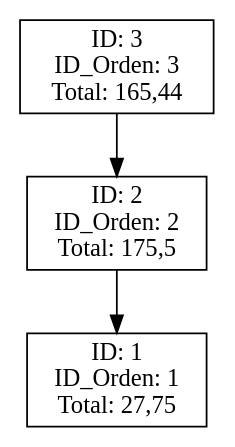
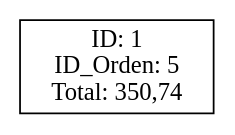
One commit to Santiago78op/EDD_1S2025_201905884 changed the diagram in Fase_1/AutoGestPro/AutoGestPro/bin/Debug/net9.0/reporte_Facturación.dot. Above: the diagram before and after it, drawn with Graphviz. The commit also changed 34 other files, not shown here.

```diff
--- a/Fase_1/AutoGestPro/AutoGestPro/bin/Debug/net9.0/reporte_Facturación.dot
+++ b/Fase_1/AutoGestPro/AutoGestPro/bin/Debug/net9.0/reporte_Facturación.dot
@@ -1,9 +1,5 @@
 digraph G {
 node [shape=box];
 rankdir=TB;
-F3 [label="ID: 3\nID_Orden: 3\nTotal: 165,44"];
-F2 [label="ID: 2\nID_Orden: 2\nTotal: 175,5"];
-F3 -> F2;
-F1 [label="ID: 1\nID_Orden: 1\nTotal: 27,75"];
-F2 -> F1;
+F1 [label="ID: 1\nID_Orden: 5\nTotal: 350,74"];
 }
```
